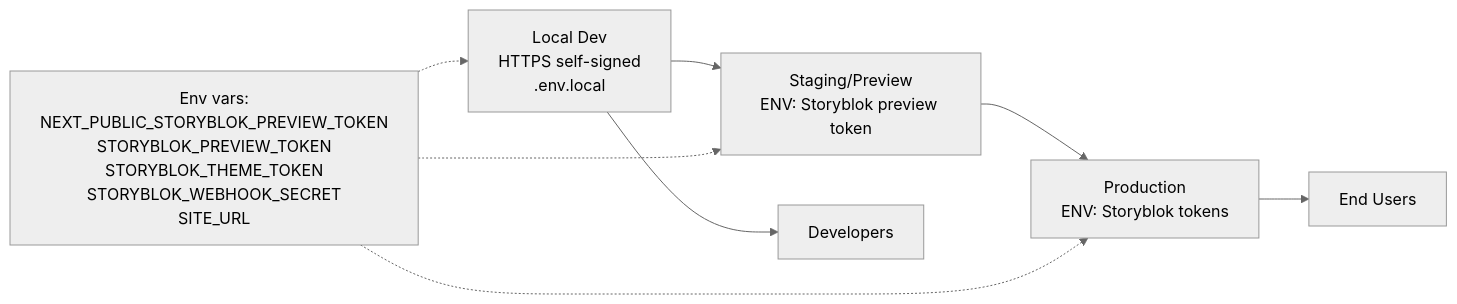
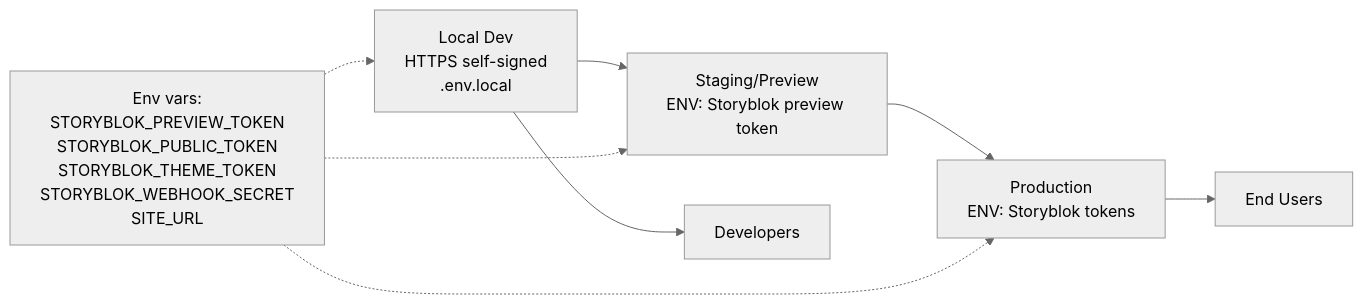
One commit to songam-su/storyblok-nextjs-mantine-demo changed the diagram in docs/reference/deployment-envs.md. Above: the diagram before and after it, drawn with Mermaid (neutral theme). The commit also changed 21 other files, not shown here.

First line of the commit message:
feat(preview): gate preview surfaces + standardize Storyblok env vars

````diff
--- a/docs/reference/deployment-envs.md
+++ b/docs/reference/deployment-envs.md
@@ -11,12 +11,12 @@
 ```mermaid
 flowchart LR
   Dev["Local Dev<br/>HTTPS self-signed<br/>.env.local"] --> Staging["Staging/Preview<br/>ENV: Storyblok preview token"]
   Staging --> Prod["Production<br/>ENV: Storyblok tokens"]
 
-  Secrets["Env vars:<br/>NEXT_PUBLIC_STORYBLOK_PREVIEW_TOKEN<br/>STORYBLOK_PREVIEW_TOKEN<br/>STORYBLOK_THEME_TOKEN<br/>STORYBLOK_WEBHOOK_SECRET<br/>SITE_URL"] -.-> Dev
+  Secrets["Env vars:<br/>STORYBLOK_PREVIEW_TOKEN<br/>STORYBLOK_PUBLIC_TOKEN<br/>STORYBLOK_THEME_TOKEN<br/>STORYBLOK_WEBHOOK_SECRET<br/>SITE_URL"] -.-> Dev
   Secrets -.-> Staging
   Secrets -.-> Prod
 
   Dev --> Users[Developers]
   Prod --> EndUsers[End Users]
 ```
````
